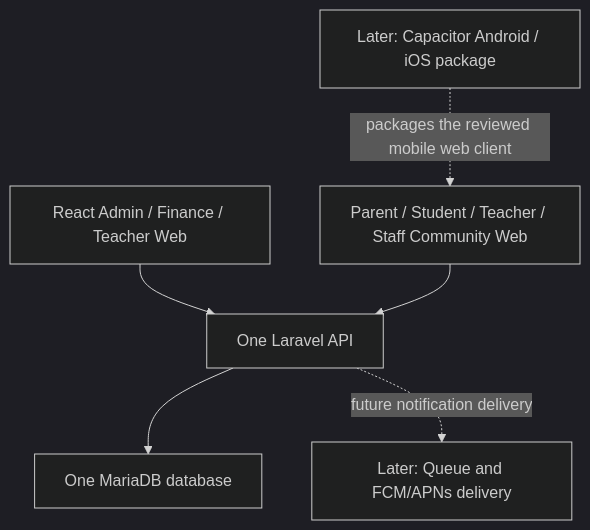
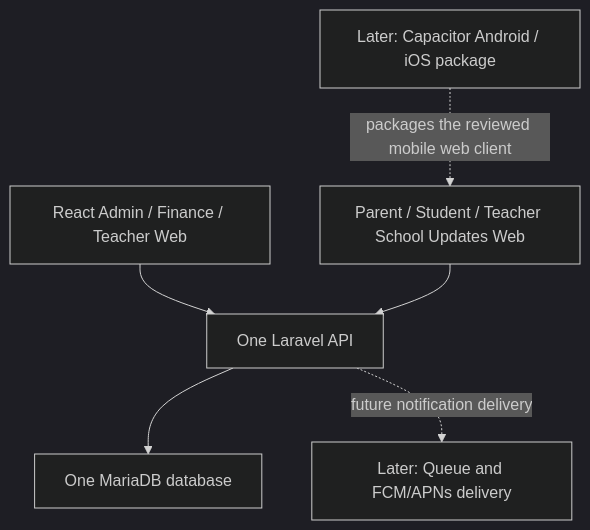
One commit to Kaikaiyng/Matahari changed the diagram in docs/mobile-product-roadmap.md. Above: the diagram before and after it, drawn with Mermaid (dark theme). The commit also changed other lines of this file and 3 other files, not shown here.

Commit message:
docs: reconcile school updates roadmap

````diff
--- a/docs/mobile-product-roadmap.md
+++ b/docs/mobile-product-roadmap.md
@@ -21,15 +21,15 @@
 ```mermaid
 flowchart TB
     Admin["React Admin / Finance / Teacher Web"]
-    MobileWeb["Parent / Student / Teacher / Staff Community Web"]
+    MobileWeb["Parent / Student / Teacher School Updates Web"]
     Native["Later: Capacitor Android / iOS package"]
     API["One Laravel API"]
     DB["One MariaDB database"]
     Push["Later: Queue and FCM/APNs delivery"]
 
     Admin --> API
     MobileWeb --> API
     Native -.->|"packages the reviewed mobile web client"| MobileWeb
     API --> DB
     API -.->|"future notification delivery"| Push
 ```
````
